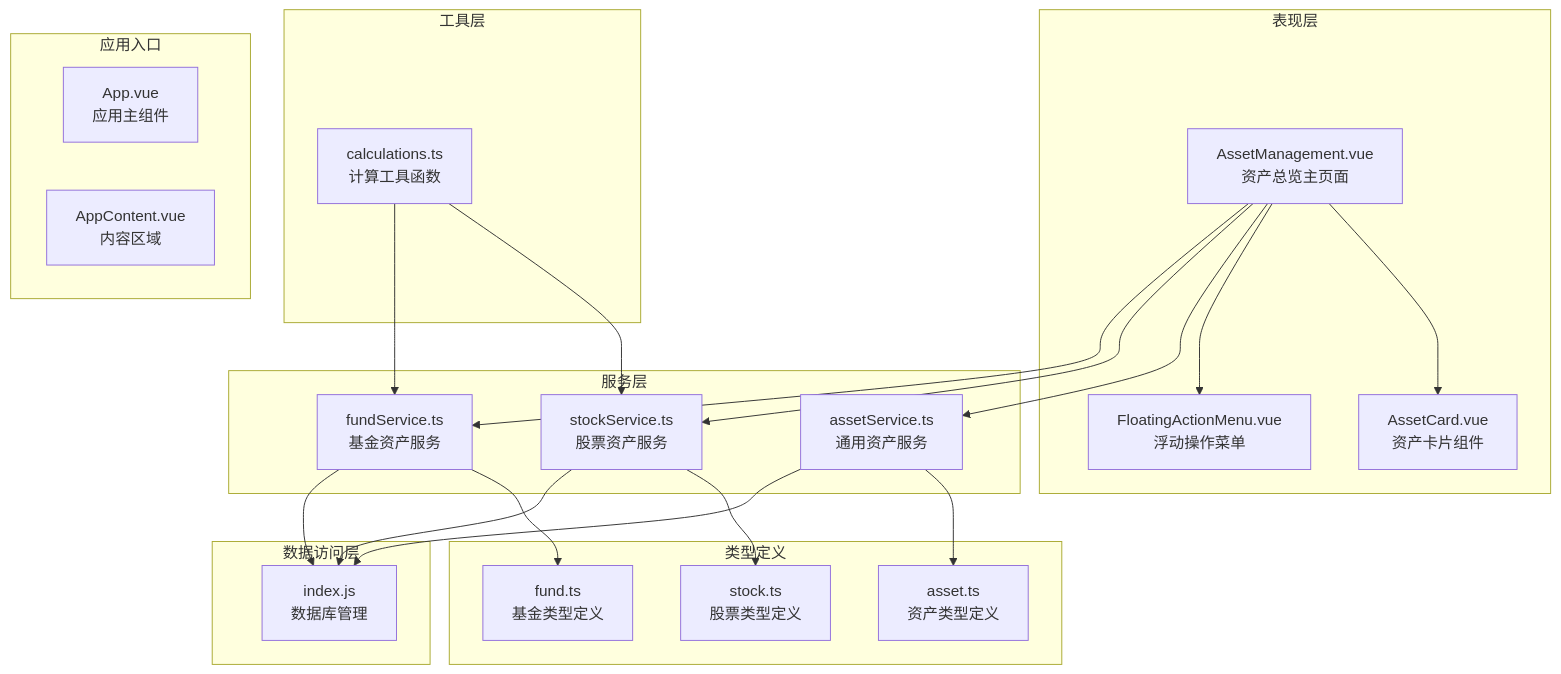
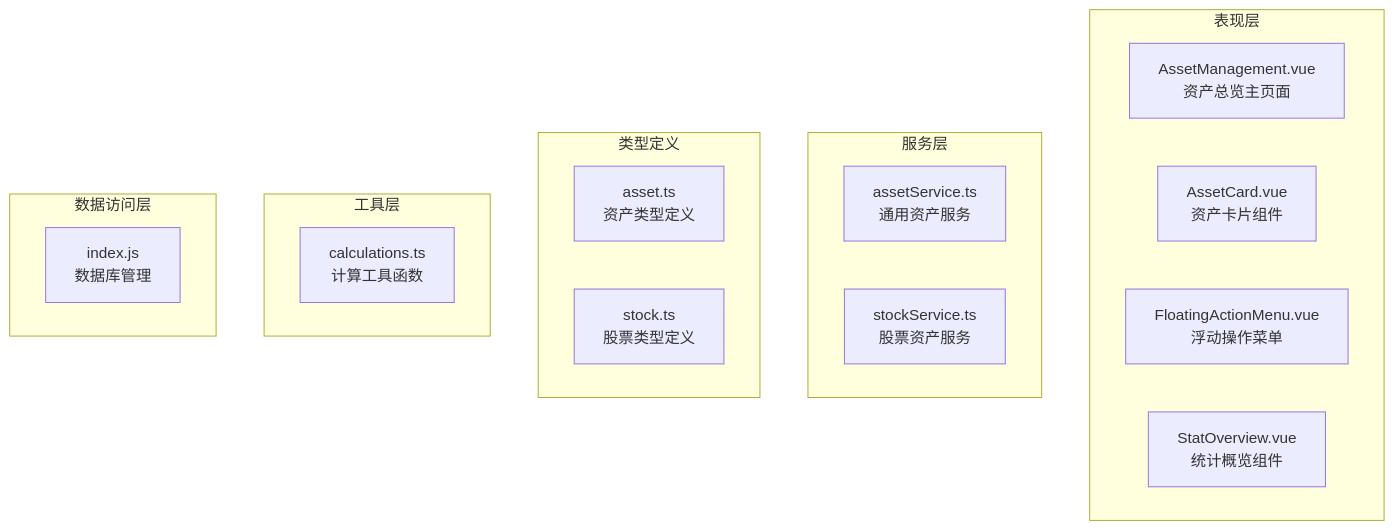
The first of 17 diagrams in .qoder/repowiki/zh/content/资产管理/资产总览.md (xiao-lin-unit/yuan), drawn with Mermaid before and after one commit. The commit also changed other lines of this file and 14 other files, not shown here.

````diff
--- a/.qoder/repowiki/zh/content/资产管理/资产总览.md
+++ b/.qoder/repowiki/zh/content/资产管理/资产总览.md
@@ -50,41 +51,23 @@
 ```mermaid
 graph TB
 subgraph "表现层"
 AM[AssetManagement.vue<br/>资产总览主页面]
 AC[AssetCard.vue<br/>资产卡片组件]
 FAM[FloatingActionMenu.vue<br/>浮动操作菜单]
+SO[StatOverview.vue<br/>统计概览组件]
 end
 subgraph "服务层"
 AS[assetService.ts<br/>通用资产服务]
 SS[stockService.ts<br/>股票资产服务]
-FS[fundService.ts<br/>基金资产服务]
 end
 subgraph "类型定义"
 AT[asset.ts<br/>资产类型定义]
 ST[stock.ts<br/>股票类型定义]
-FT[fund.ts<br/>基金类型定义]
 end
 subgraph "工具层"
 CAL[calculations.ts<br/>计算工具函数]
 end
 subgraph "数据访问层"
 DB[index.js<br/>数据库管理]
 end
-subgraph "应用入口"
-APP[App.vue<br/>应用主组件]
-ACO[AppContent.vue<br/>内容区域]
-end
-AM --> AC
-AM --> FAM
-AM --> AS
-AM --> SS
-AM --> FS
-AS --> AT
-SS --> ST
-FS --> FT
-AS --> DB
-SS --> DB
-FS --> DB
-CAL --> SS
-CAL --> FS
 ```
````
